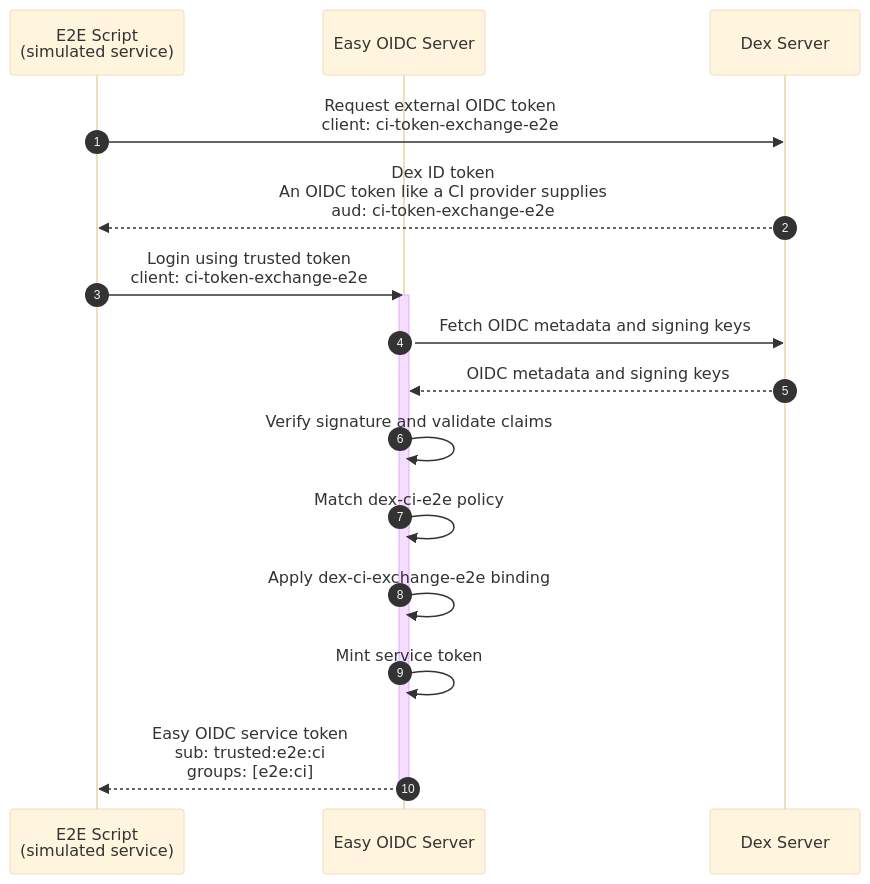
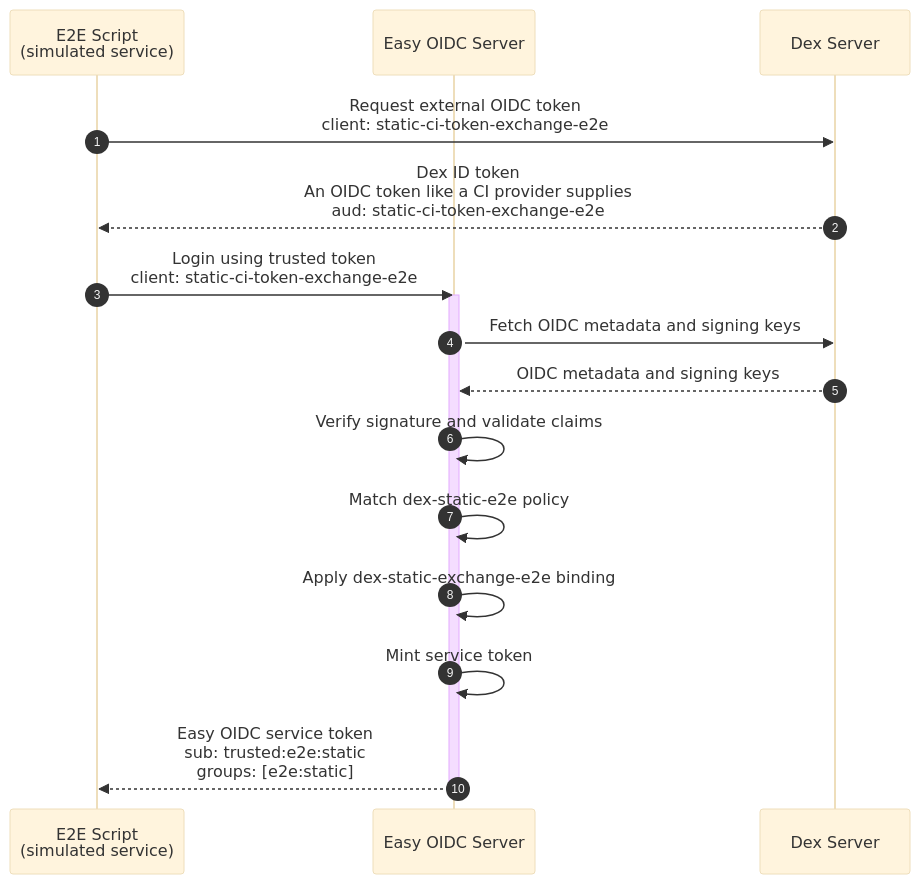
The first of 4 diagrams in scripts/e2e/README.md (easy-oidc/easy-oidc), drawn with Mermaid (base theme) before and after one commit. The commit also changed other lines of this file and 51 other files, not shown here.

````diff
--- a/scripts/e2e/README.md
+++ b/scripts/e2e/README.md
@@ -8,20 +10,20 @@
 ```mermaid
 sequenceDiagram
     autonumber
     participant Script as E2E Script<br/>(simulated service)
     participant Easy as Easy OIDC Server
     participant Dex as Dex Server
 
-    Script->>Dex: Request external OIDC token<br/>client: ci-token-exchange-e2e
-    Dex-->>Script: Dex ID token<br/>An OIDC token like a CI provider supplies<br/>aud: ci-token-exchange-e2e
-    Script->>Easy: Login using trusted token<br/>client: ci-token-exchange-e2e
+    Script->>Dex: Request external OIDC token<br/>client: static-ci-token-exchange-e2e
+    Dex-->>Script: Dex ID token<br/>An OIDC token like a CI provider supplies<br/>aud: static-ci-token-exchange-e2e
+    Script->>Easy: Login using trusted token<br/>client: static-ci-token-exchange-e2e
     activate Easy
     Easy->>Dex: Fetch OIDC metadata and signing keys
     Dex-->>Easy: OIDC metadata and signing keys
     Easy->>Easy: Verify signature and validate claims
-    Easy->>Easy: Match dex-ci-e2e policy
-    Easy->>Easy: Apply dex-ci-exchange-e2e binding
+    Easy->>Easy: Match dex-static-e2e policy
+    Easy->>Easy: Apply dex-static-exchange-e2e binding
     Easy->>Easy: Mint service token
-    Easy-->>Script: Easy OIDC service token<br/>sub: trusted:e2e:ci<br/>groups: [e2e:ci]
+    Easy-->>Script: Easy OIDC service token<br/>sub: trusted:e2e:static<br/>groups: [e2e:static]
     deactivate Easy
 ```
````
